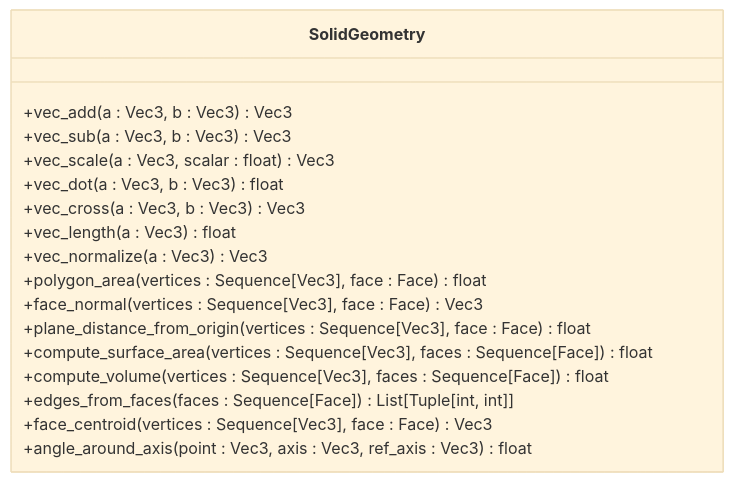
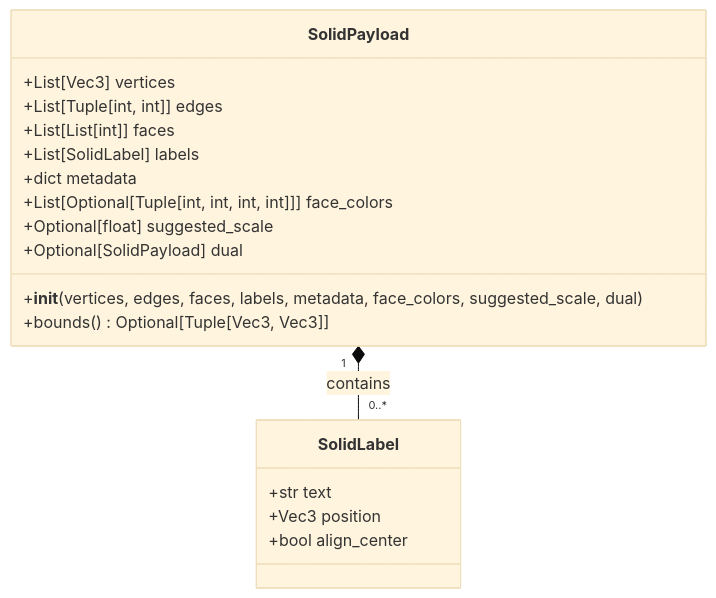
One commit to TheDaniel166/IsopGem changed the second of 9 diagrams in .qoder/repowiki/en/content/Architecture Overview/Pillar-Based Architecture/Geometry Pillar/3D Solid Visualizations.md. Above: the diagram before and after it, drawn with Mermaid (base theme). The commit also changed other lines of this file and 29 other files, not shown here.

````diff
--- a/.qoder/repowiki/en/content/Architecture Overview/Pillar-Based Architecture/Geometry Pillar/3D Solid Visualizations.md
+++ b/.qoder/repowiki/en/content/Architecture Overview/Pillar-Based Architecture/Geometry Pillar/3D Solid Visualizations.md
@@ -69,20 +85,21 @@
 ```mermaid
 classDiagram
-class SolidGeometry {
-+vec_add(a : Vec3, b : Vec3) Vec3
-+vec_sub(a : Vec3, b : Vec3) Vec3
-+vec_scale(a : Vec3, scalar : float) Vec3
-+vec_dot(a : Vec3, b : Vec3) float
-+vec_cross(a : Vec3, b : Vec3) Vec3
-+vec_length(a : Vec3) float
-+vec_normalize(a : Vec3) Vec3
-+polygon_area(vertices : Sequence[Vec3], face : Face) float
-+face_normal(vertices : Sequence[Vec3], face : Face) Vec3
-+plane_distance_from_origin(vertices : Sequence[Vec3], face : Face) float
-+compute_surface_area(vertices : Sequence[Vec3], faces : Sequence[Face]) float
-+compute_volume(vertices : Sequence[Vec3], faces : Sequence[Face]) float
-+edges_from_faces(faces : Sequence[Face]) List[Tuple[int, int]]
-+face_centroid(vertices : Sequence[Vec3], face : Face) Vec3
-+angle_around_axis(point : Vec3, axis : Vec3, ref_axis : Vec3) float
+class SolidPayload {
++List[Vec3] vertices
++List[Tuple[int, int]] edges
++List[List[int]] faces
++List[SolidLabel] labels
++dict metadata
++List[Optional[Tuple[int, int, int, int]]] face_colors
++Optional[float] suggested_scale
++Optional[SolidPayload] dual
++__init__(vertices, edges, faces, labels, metadata, face_colors, suggested_scale, dual)
++bounds() Optional[Tuple[Vec3, Vec3]]
 }
+class SolidLabel {
++str text
++Vec3 position
++bool align_center
+}
+SolidPayload "1" *-- "0..*" SolidLabel : contains
 ```
````
